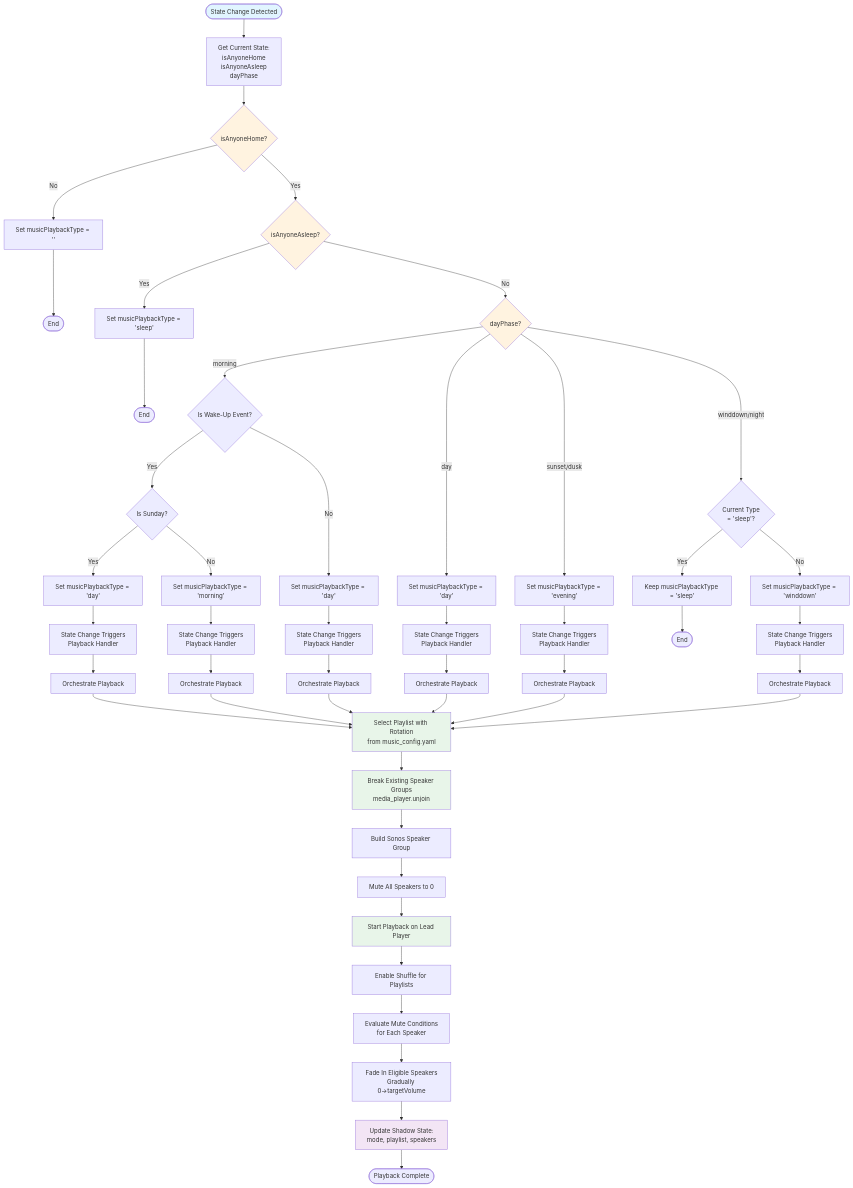
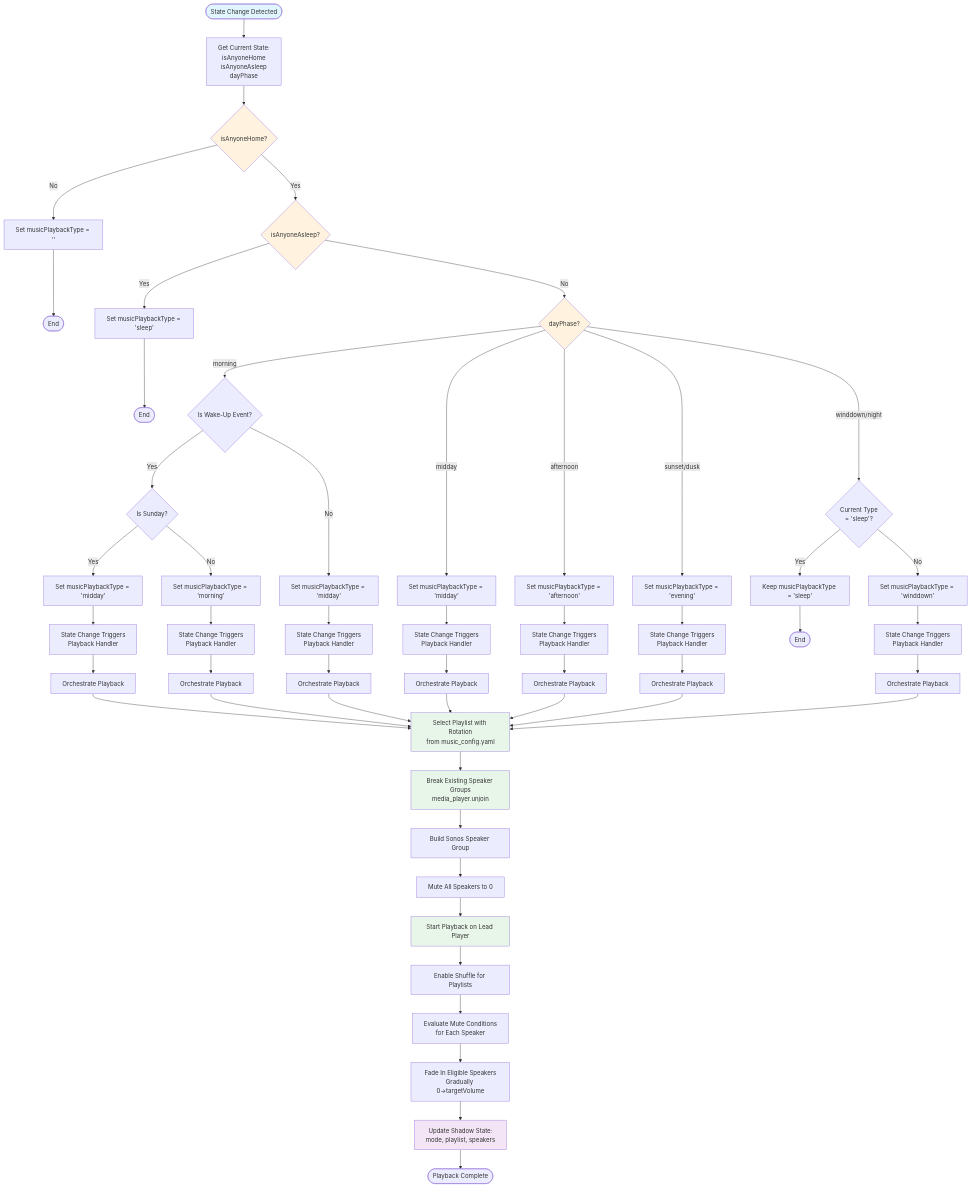
Before and after one commit to NickBorgers/home-automation: diagram 11 of 14 in docs/human/VISUAL_ARCHITECTURE.md, drawn with Mermaid.

Commit message:
docs: Update VISUAL_ARCHITECTURE.md for midday/afternoon phases
Update Music Manager Logic Flow diagram to reflect the new day phase
structure where 'day' is split into 'midday' and 'afternoon' phases.

🤖 Generated with [Claude Code](https://claude.com/claude-code)

````diff
--- a/docs/human/VISUAL_ARCHITECTURE.md
+++ b/docs/human/VISUAL_ARCHITECTURE.md
@@ -621,67 +621,71 @@
 ```mermaid
 flowchart TD
     Start([State Change Detected]) --> GetState[Get Current State:<br/>isAnyoneHome<br/>isAnyoneAsleep<br/>dayPhase]
 
     GetState --> CheckHome{isAnyoneHome?}
     CheckHome -->|No| StopMusic[Set musicPlaybackType = '']
     CheckHome -->|Yes| CheckAsleep{isAnyoneAsleep?}
 
     CheckAsleep -->|Yes| SetSleep[Set musicPlaybackType = 'sleep']
     CheckAsleep -->|No| CheckDayPhase{dayPhase?}
 
     CheckDayPhase -->|morning| CheckWakeUp{Is Wake-Up Event?}
     CheckWakeUp -->|Yes| CheckSunday{Is Sunday?}
-    CheckSunday -->|Yes| SetDay1[Set musicPlaybackType = 'day']
+    CheckSunday -->|Yes| SetMidday1[Set musicPlaybackType = 'midday']
     CheckSunday -->|No| SetMorning[Set musicPlaybackType = 'morning']
-    CheckWakeUp -->|No| SetDay2[Set musicPlaybackType = 'day']
+    CheckWakeUp -->|No| SetMidday2[Set musicPlaybackType = 'midday']
 
-    CheckDayPhase -->|day| SetDay3[Set musicPlaybackType = 'day']
+    CheckDayPhase -->|midday| SetMidday3[Set musicPlaybackType = 'midday']
+    CheckDayPhase -->|afternoon| SetAfternoon[Set musicPlaybackType = 'afternoon']
     CheckDayPhase -->|sunset/dusk| SetEvening[Set musicPlaybackType = 'evening']
     CheckDayPhase -->|winddown/night| CheckCurrentSleep{Current Type<br/>= 'sleep'?}
 
     CheckCurrentSleep -->|Yes| KeepSleep[Keep musicPlaybackType = 'sleep']
     CheckCurrentSleep -->|No| SetWinddown[Set musicPlaybackType = 'winddown']
 
     StopMusic --> End1([End])
     SetSleep --> End2([End])
     SetMorning --> TriggerPlayback1
-    SetDay1 --> TriggerPlayback2
-    SetDay2 --> TriggerPlayback3
-    SetDay3 --> TriggerPlayback4
-    SetEvening --> TriggerPlayback5
-    SetWinddown --> TriggerPlayback6
+    SetMidday1 --> TriggerPlayback2
+    SetMidday2 --> TriggerPlayback3
+    SetMidday3 --> TriggerPlayback4
+    SetAfternoon --> TriggerPlayback5
+    SetEvening --> TriggerPlayback6
+    SetWinddown --> TriggerPlayback7
     KeepSleep --> End3([End])
 
     TriggerPlayback1[State Change Triggers<br/>Playback Handler] --> Orchestrate1
     TriggerPlayback2[State Change Triggers<br/>Playback Handler] --> Orchestrate2
     TriggerPlayback3[State Change Triggers<br/>Playback Handler] --> Orchestrate3
     TriggerPlayback4[State Change Triggers<br/>Playback Handler] --> Orchestrate4
     TriggerPlayback5[State Change Triggers<br/>Playback Handler] --> Orchestrate5
     TriggerPlayback6[State Change Triggers<br/>Playback Handler] --> Orchestrate6
+    TriggerPlayback7[State Change Triggers<br/>Playback Handler] --> Orchestrate7
 
     Orchestrate1[Orchestrate Playback] --> SelectPlaylist
     Orchestrate2[Orchestrate Playback] --> SelectPlaylist
     Orchestrate3[Orchestrate Playback] --> SelectPlaylist
     Orchestrate4[Orchestrate Playback] --> SelectPlaylist
     Orchestrate5[Orchestrate Playback] --> SelectPlaylist
     Orchestrate6[Orchestrate Playback] --> SelectPlaylist
+    Orchestrate7[Orchestrate Playback] --> SelectPlaylist
 
     SelectPlaylist[Select Playlist with Rotation<br/>from music_config.yaml] --> BreakGroups[Break Existing Speaker Groups<br/>media_player.unjoin]
     BreakGroups --> BuildGroup[Build Sonos Speaker Group]
     BuildGroup --> MuteAll[Mute All Speakers to 0]
     MuteAll --> StartPlayback[Start Playback on Lead Player]
     StartPlayback --> EnableShuffle[Enable Shuffle for Playlists]
     EnableShuffle --> EvalConditions[Evaluate Mute Conditions<br/>for Each Speaker]
     EvalConditions --> FadeIn[Fade In Eligible Speakers<br/>Gradually 0→targetVolume]
     FadeIn --> UpdateShadow[Update Shadow State:<br/>mode, playlist, speakers]
     UpdateShadow --> Complete([Playback Complete])
 
     style Start fill:#e1f5ff
     style CheckHome fill:#fff3e0
     style CheckAsleep fill:#fff3e0
     style CheckDayPhase fill:#fff3e0
     style SelectPlaylist fill:#e8f5e9
     style BreakGroups fill:#e8f5e9
     style StartPlayback fill:#e8f5e9
     style UpdateShadow fill:#f3e5f5
 ```
````
